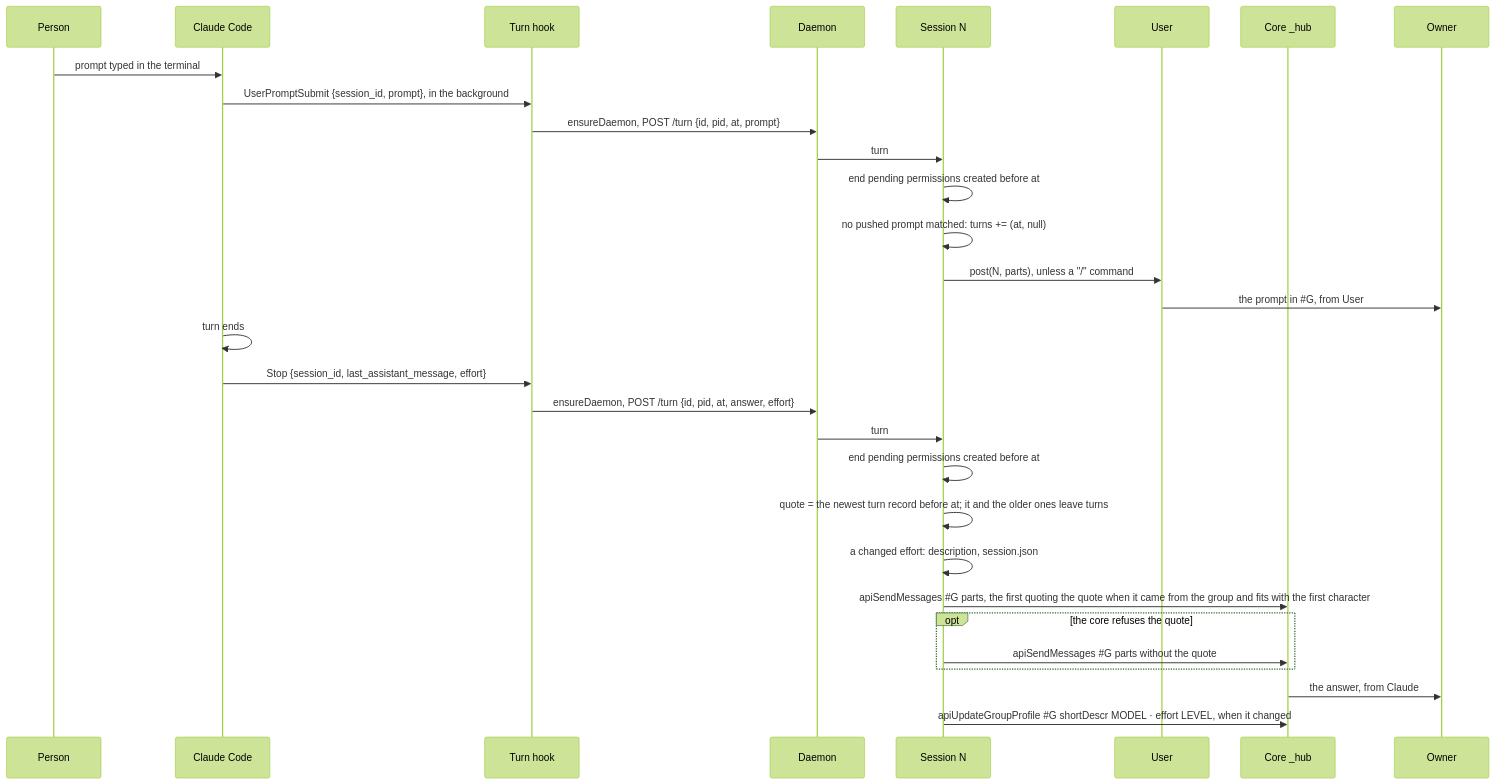
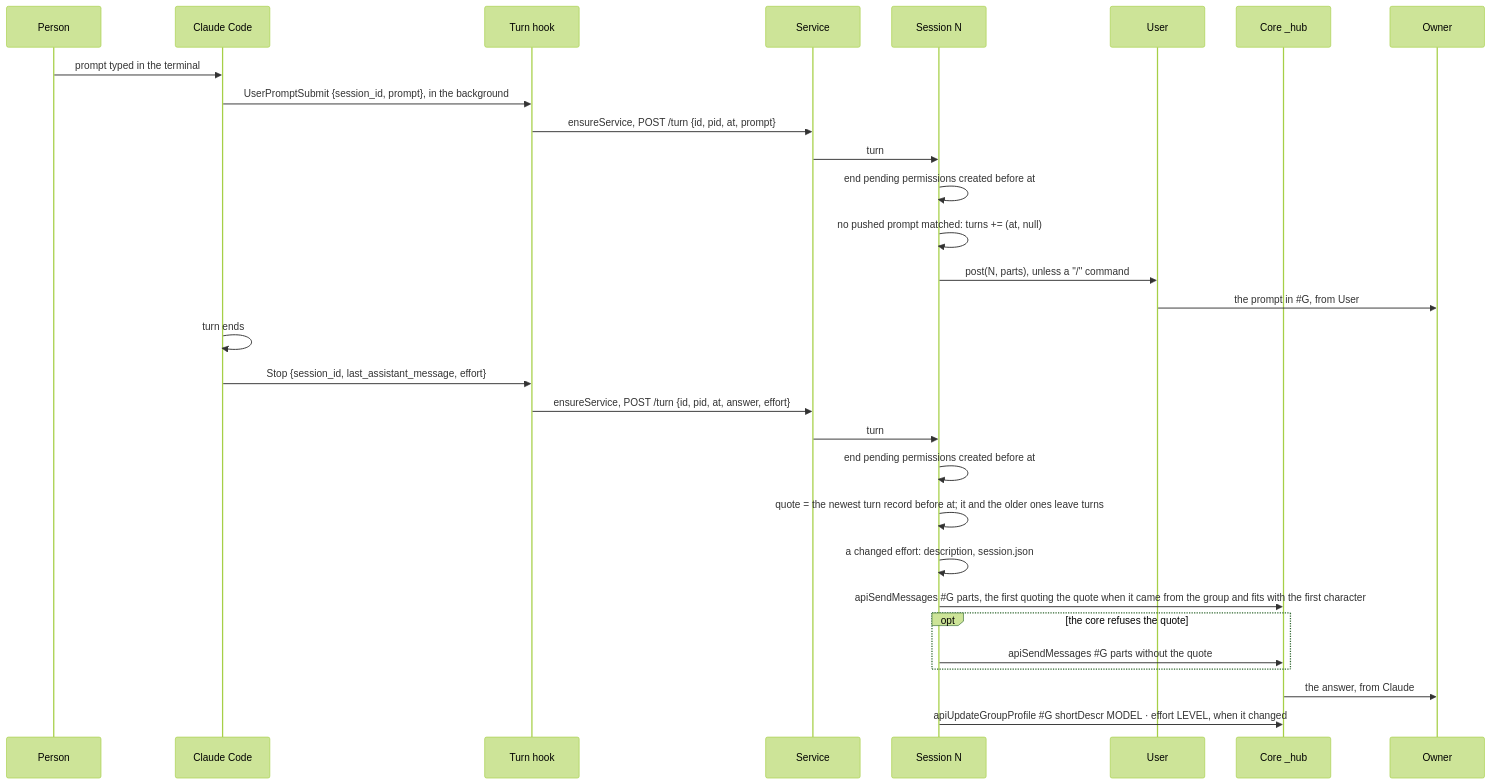
Diagram 21 of 30 in packages/simplex-chat-mcp/spec/flows.md (simplex-chat/simplex-chat), drawn with Mermaid (forest theme) before and after one commit. The commit also changed other lines of this file and 28 other files, not shown here.

Commit message:
mcp: rename the plugin's daemon to the service

````diff
--- a/packages/simplex-chat-mcp/spec/flows.md
+++ b/packages/simplex-chat-mcp/spec/flows.md
@@ -952,32 +952,32 @@
 ```mermaid
 sequenceDiagram
   participant P as Person
   participant CC as Claude Code
   participant HK as Turn hook
-  participant D as Daemon
+  participant D as Service
   participant N as Session N
   participant U as User
   participant C as Core _hub
   participant O as Owner
   P->>CC: prompt typed in the terminal
   CC->>HK: UserPromptSubmit {session_id, prompt}, in the background
-  HK->>D: ensureDaemon, POST /turn {id, pid, at, prompt}
+  HK->>D: ensureService, POST /turn {id, pid, at, prompt}
   D->>N: turn
   N->>N: end pending permissions created before at
   N->>N: no pushed prompt matched: turns += (at, null)
   N->>U: post(N, parts), unless a "/" command
   U->>O: the prompt in #35;G, from User
   CC->>CC: turn ends
   CC->>HK: Stop {session_id, last_assistant_message, effort}
-  HK->>D: ensureDaemon, POST /turn {id, pid, at, answer, effort}
+  HK->>D: ensureService, POST /turn {id, pid, at, answer, effort}
   D->>N: turn
   N->>N: end pending permissions created before at
   N->>N: quote = the newest turn record before at#59; it and the older ones leave turns
   N->>N: a changed effort: description, session.json
   N->>C: apiSendMessages #35;G parts, the first quoting the quote when it came from the group and fits with the first character
   opt the core refuses the quote
     N->>C: apiSendMessages #35;G parts without the quote
   end
   C->>O: the answer, from Claude
   N->>C: apiUpdateGroupProfile #35;G shortDescr MODEL · effort LEVEL, when it changed
 ```
````
